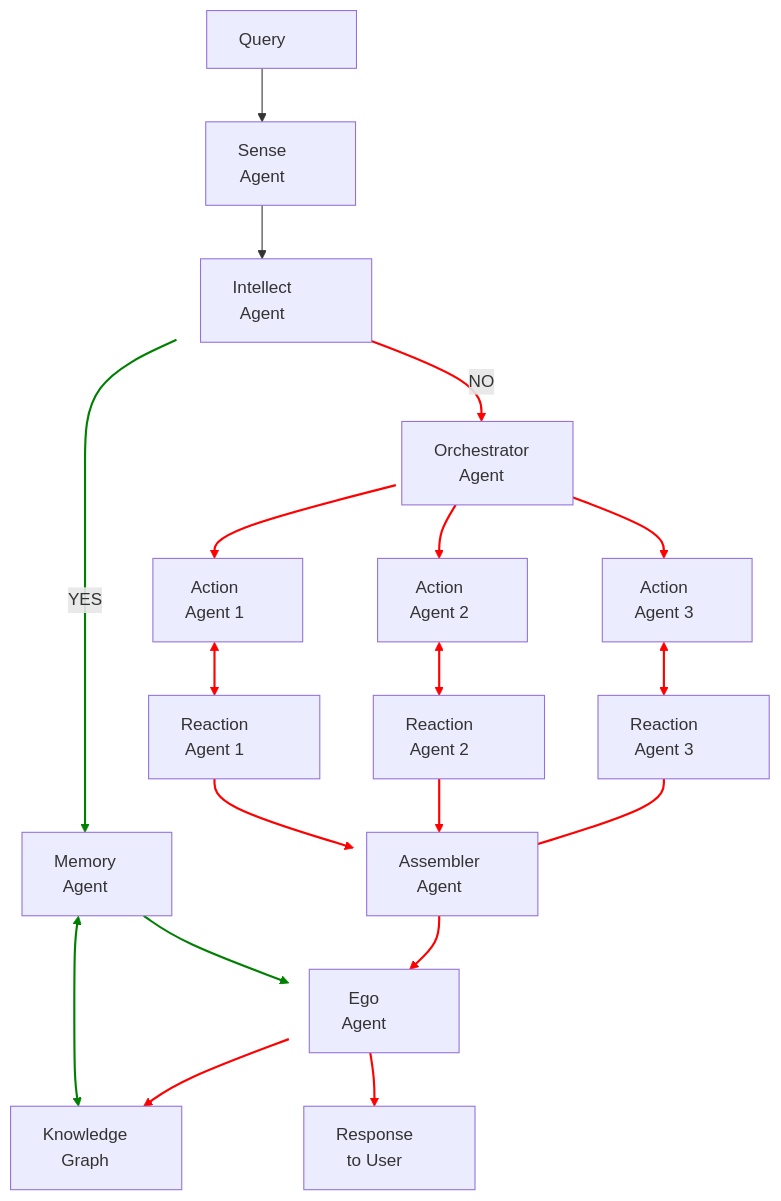
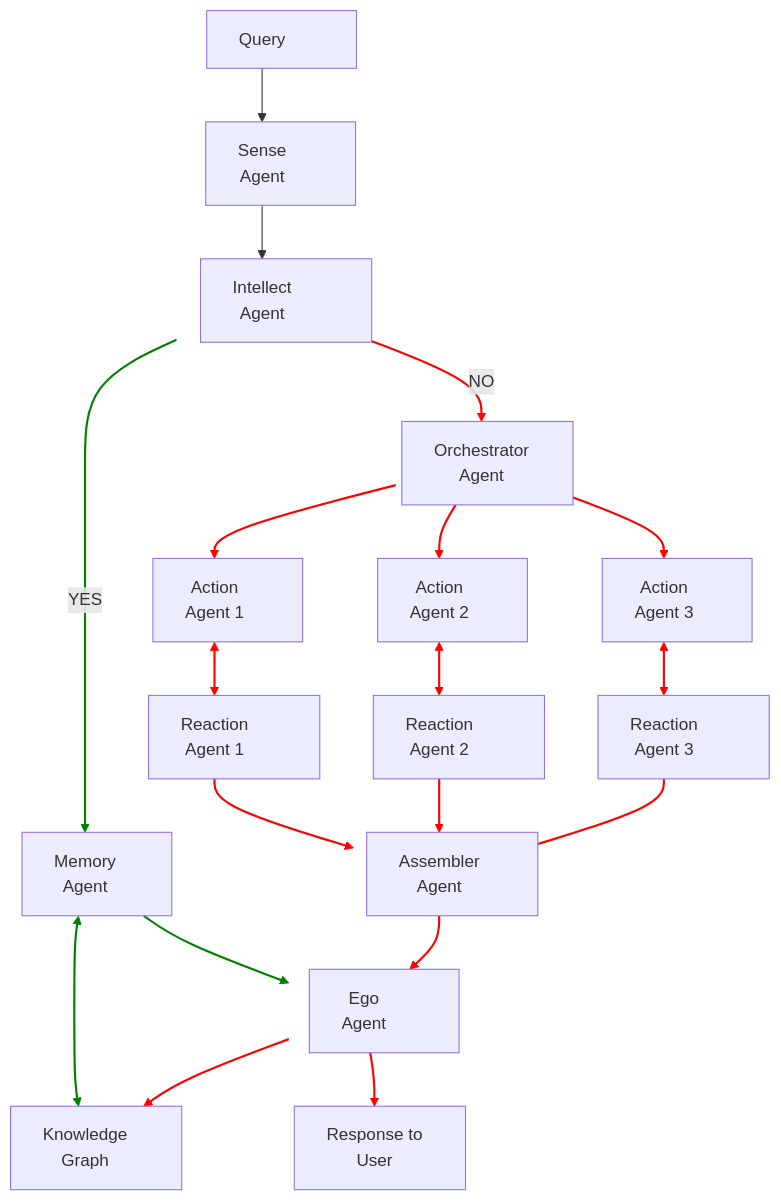
The diagram in README.md (Mindverse-Computing/algoverse), drawn with Mermaid before and after one commit.

````diff
--- a/README.md
+++ b/README.md
@@ -78,58 +78,58 @@
 ```mermaid
 graph TD
   A[Query] --> S[Sense<br>Agent]
   S --> I[Intellect<br>Agent]
   I -- YES --> M[Memory<br>Agent]
   M <--> G[Knowledge<br>Graph]
   M --> E[Ego<br>Agent]
   I -- NO --> O[Orchestrator<br>Agent]
   O --> A1[Action<br>Agent 1]
   O --> A2[Action<br>Agent 2]
   O --> A3[Action<br>Agent 3]
   A1 <--> R1[Reaction<br>Agent 1]
   A2 <--> R2[Reaction<br>Agent 2]
   A3 <--> R3[Reaction<br>Agent 3]
   R1 --> AA[Assembler<br>Agent]
   R2 --> AA
   R3 --> AA
   AA --> E
   E --> G
-  E --> U[Response<br> to User]
+  E --> U[Response to<br>User]
 
   %% Styling green paths (YES path)
   linkStyle 2 stroke:green,stroke-width:2px      
   linkStyle 3 stroke:green,stroke-width:2px      
   linkStyle 4 stroke:green,stroke-width:2px      
 
   %% Styling red paths (NO path)
   linkStyle 5 stroke:red,stroke-width:2px       
   linkStyle 6 stroke:red,stroke-width:2px        
   linkStyle 7 stroke:red,stroke-width:2px        
   linkStyle 8 stroke:red,stroke-width:2px        
   linkStyle 9 stroke:red,stroke-width:2px        
   linkStyle 10 stroke:red,stroke-width:2px       
   linkStyle 11 stroke:red,stroke-width:2px       
   linkStyle 12 stroke:red,stroke-width:2px       
   linkStyle 13 stroke:red,stroke-width:2px       
   linkStyle 14 stroke:red,stroke-width:2px       
   linkStyle 15 stroke:red,stroke-width:2px       
   linkStyle 16 stroke:red,stroke-width:2px       
   linkStyle 17 stroke:red,stroke-width:2px       
 
   %% Force wider node styles to prevent cut-off
   style A width:140px
   style S width:140px
   style I width:160px
   style M width:140px
   style G width:160px
   style E width:140px
   style O width:160px
   style A1 width:140px
   style A2 width:140px
   style A3 width:140px
   style R1 width:160px
   style R2 width:160px
   style R3 width:160px
   style AA width:160px
   style U width:160px          
 ```
````
